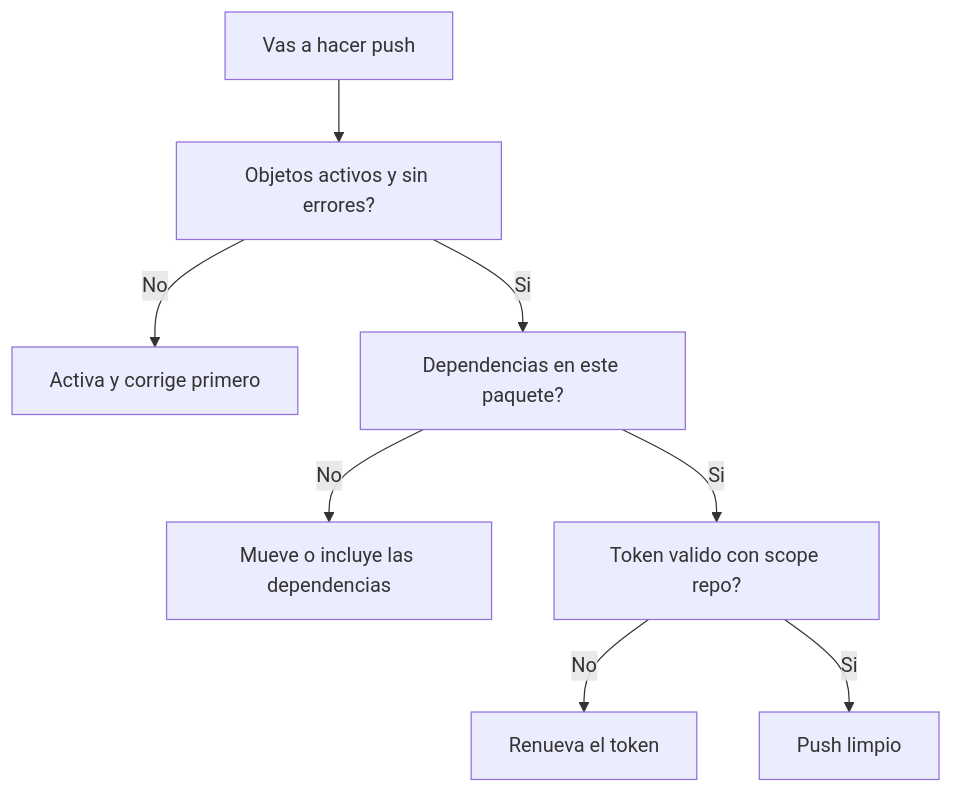
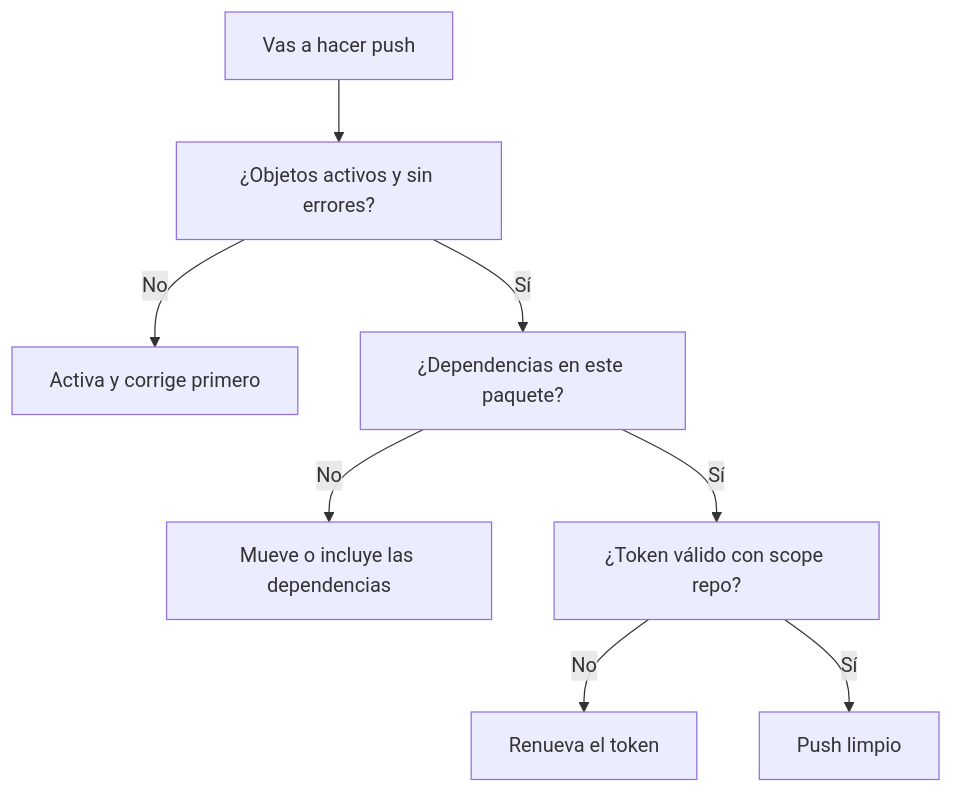
Before and after one commit to logalitech/blog-content: the diagram in es/git-buenas-practicas-y-errores-tipicos.mdx, drawn with Mermaid. The commit also changed other lines of this file and 49 other files, not shown here.

````diff
--- a/es/git-buenas-practicas-y-errores-tipicos.mdx
+++ b/es/git-buenas-practicas-y-errores-tipicos.mdx
@@ -23,10 +23,10 @@
 ```mermaid
 flowchart TD
- PUSH["Vas a hacer push"] --> CHK["Objetos activos y sin errores?"]
+ PUSH["Vas a hacer push"] --> CHK["¿Objetos activos y sin errores?"]
  CHK -->|No| FIX["Activa y corrige primero"]
- CHK -->|Si| DEP["Dependencias en este paquete?"]
+ CHK -->|Sí| DEP["¿Dependencias en este paquete?"]
  DEP -->|No| MOVE["Mueve o incluye las dependencias"]
- DEP -->|Si| TOK["Token valido con scope repo?"]
+ DEP -->|Sí| TOK["¿Token válido con scope repo?"]
  TOK -->|No| RENEW["Renueva el token"]
- TOK -->|Si| OK["Push limpio"]
+ TOK -->|Sí| OK["Push limpio"]
 ```
````
